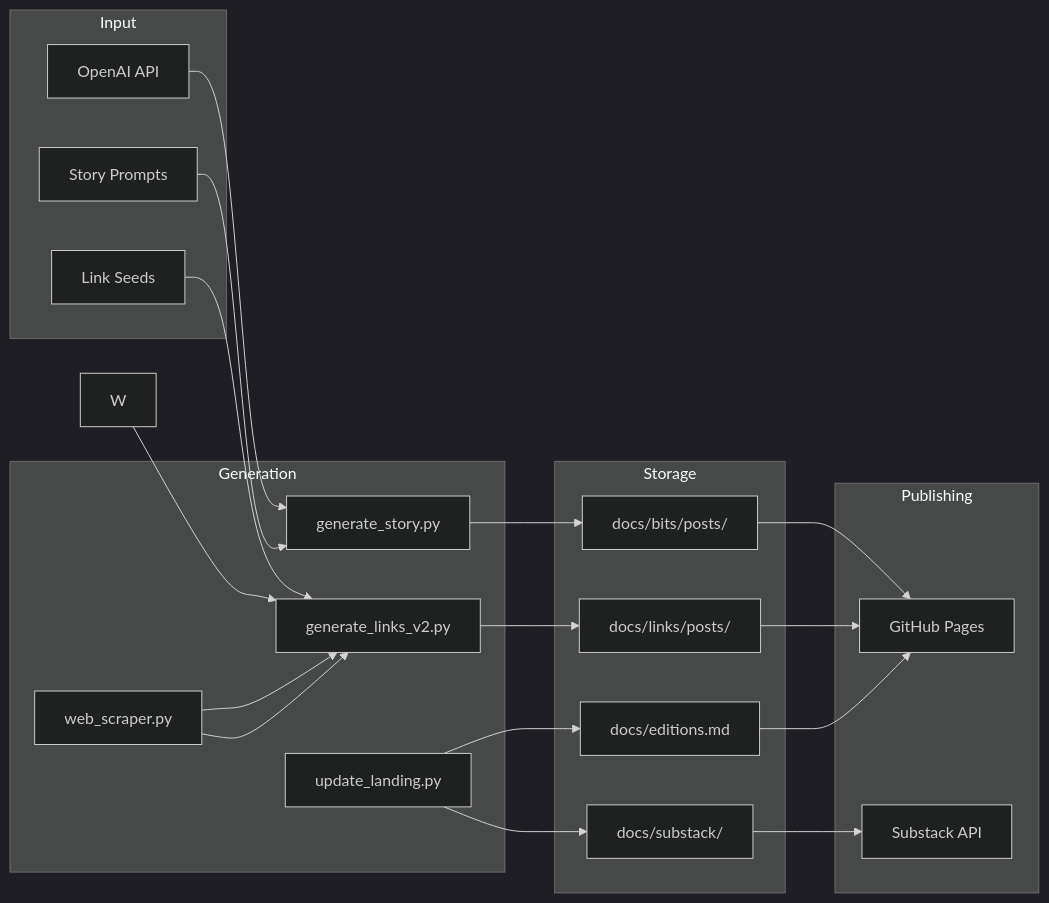
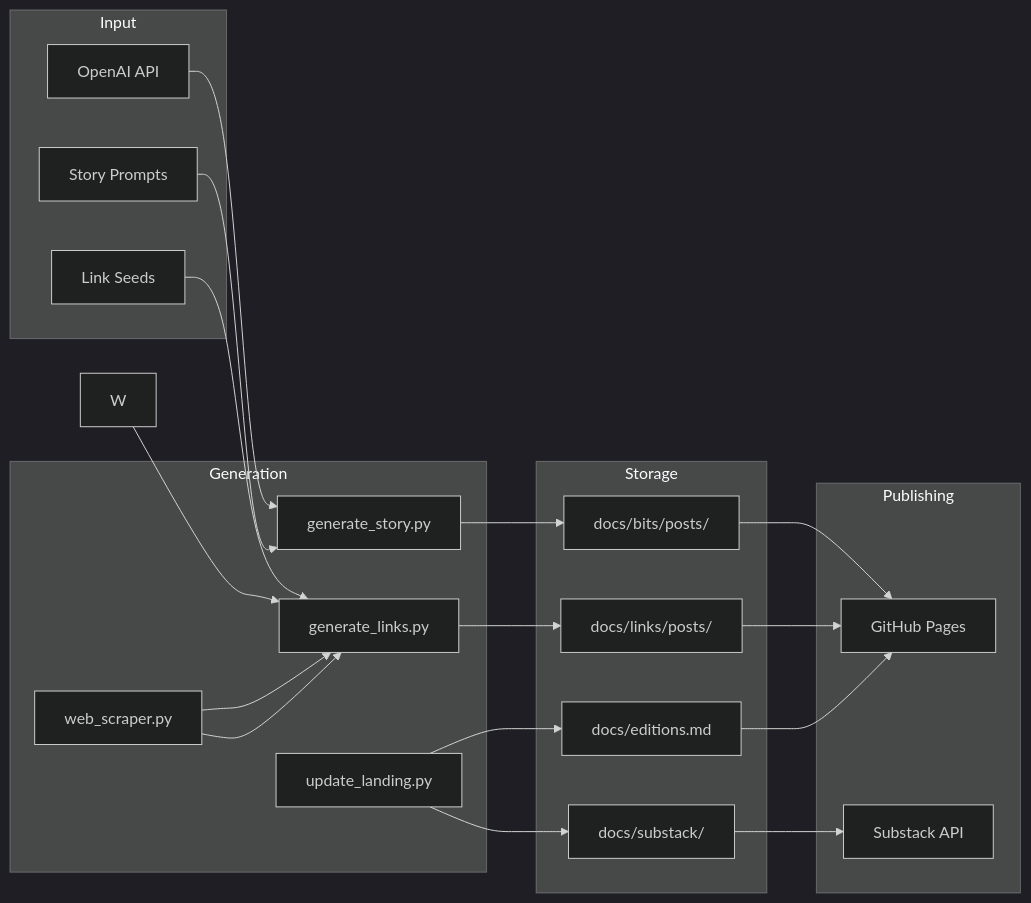
One commit to obscurebit/b1ts changed the second of 7 diagrams in SYSTEM_DESIGN.md. Above: the diagram before and after it, drawn with Mermaid (dark theme). The commit also changed other lines of this file and 3 other files, not shown here.

First line of the commit message:
Update SYSTEM_DESIGN.md with research strategy architecture

````diff
--- a/SYSTEM_DESIGN.md
+++ b/SYSTEM_DESIGN.md
@@ -48,43 +48,43 @@
 ```mermaid
 flowchart LR
     subgraph "Input"
         A1[OpenAI API]
         A2[Story Prompts]
         A3[Link Seeds]
     end
     
     subgraph "Generation"
         B1[generate_story.py]
-        B2[generate_links_v2.py]
+        B2[generate_links.py]
         B3[update_landing.py]
         WS[web_scraper.py]
     end
     
     WS --> B2
     
     subgraph "Storage"
         C1[docs/bits/posts/]
         C2[docs/links/posts/]
         C3[docs/editions.md]
         C4[docs/substack/]
     end
     
     subgraph "Publishing"
         D1[GitHub Pages]
         D2[Substack API]
     end
     
     A1 --> B1
     A2 --> B1
     W --> B2
     A3 --> B2
     WS --> B2
     B1 --> C1
     B2 --> C2
     B3 --> C3
     B3 --> C4
     C1 --> D1
     C2 --> D1
     C3 --> D1
     C4 --> D2
 ```
````
